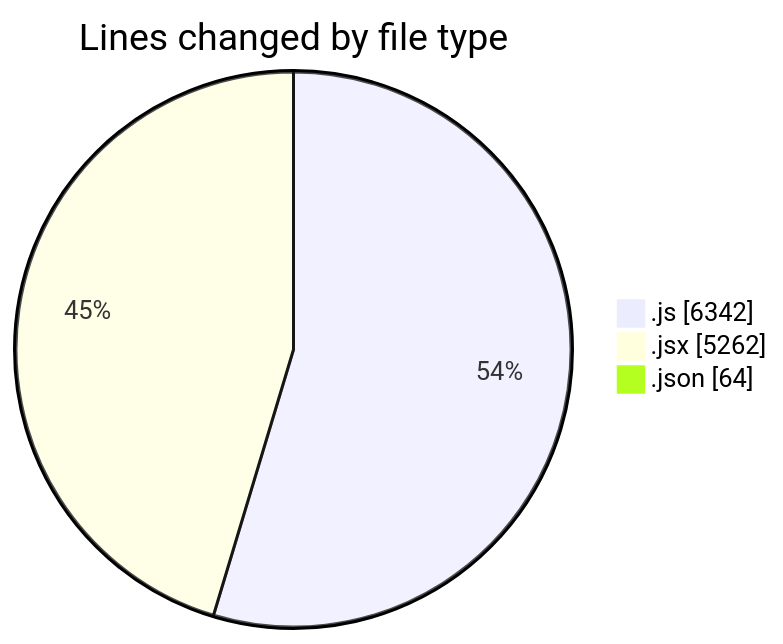
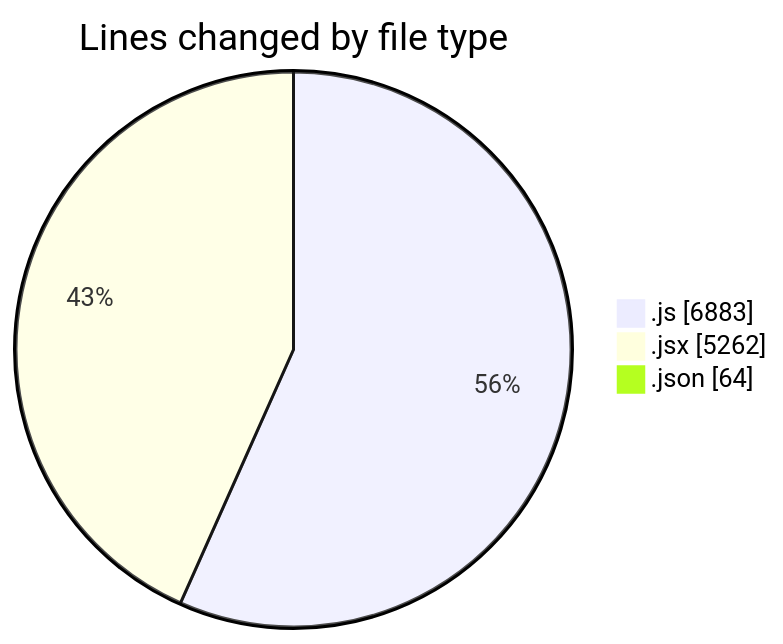
One commit to nxtqubesakshisongat/code-tracking changed the first of 2 diagrams in 2025-08-07/nxtqube_webapp/README.md. Above: the diagram before and after it, drawn with Mermaid. The commit also changed other lines of this file and 1 other file, not shown here.

````diff
--- a/2025-08-07/nxtqube_webapp/README.md
+++ b/2025-08-07/nxtqube_webapp/README.md
@@ -25,7 +25,7 @@
 ```mermaid
 pie showData
 title Lines changed by file type
-".js" : 6342
+".js" : 6883
 ".jsx" : 5262
 ".json" : 64
 ```
````
